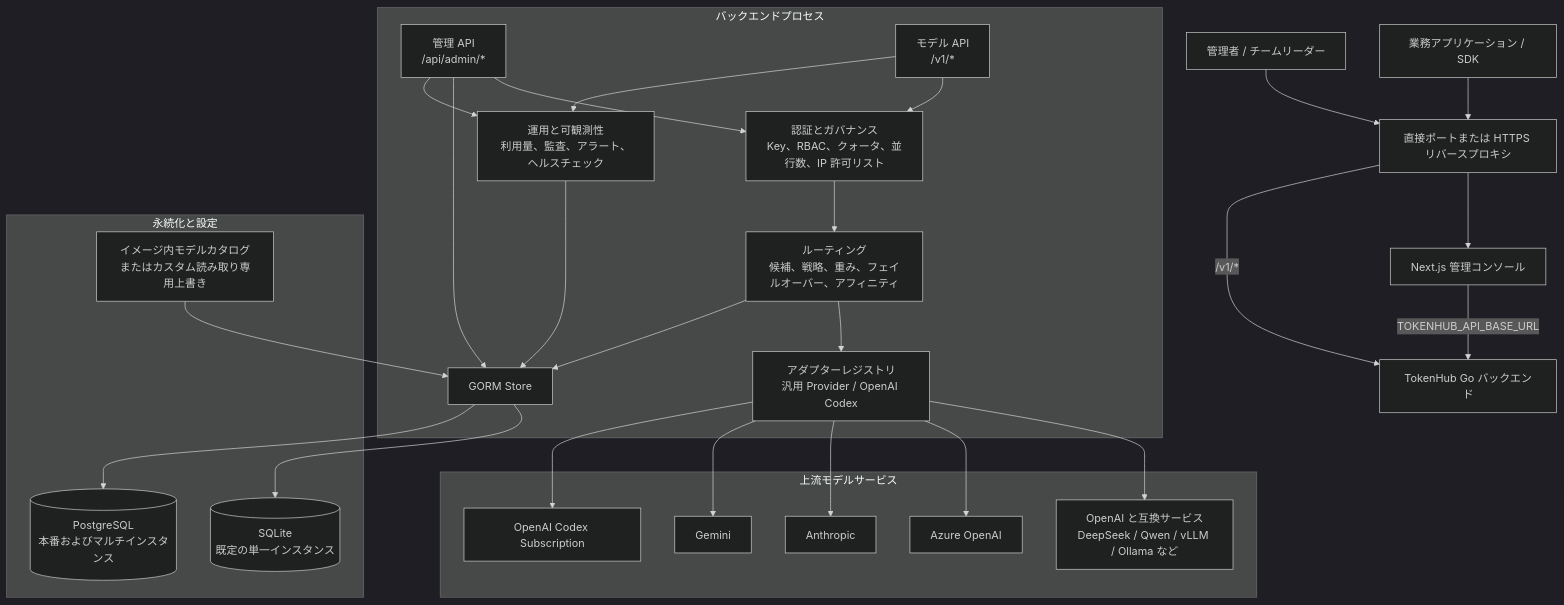
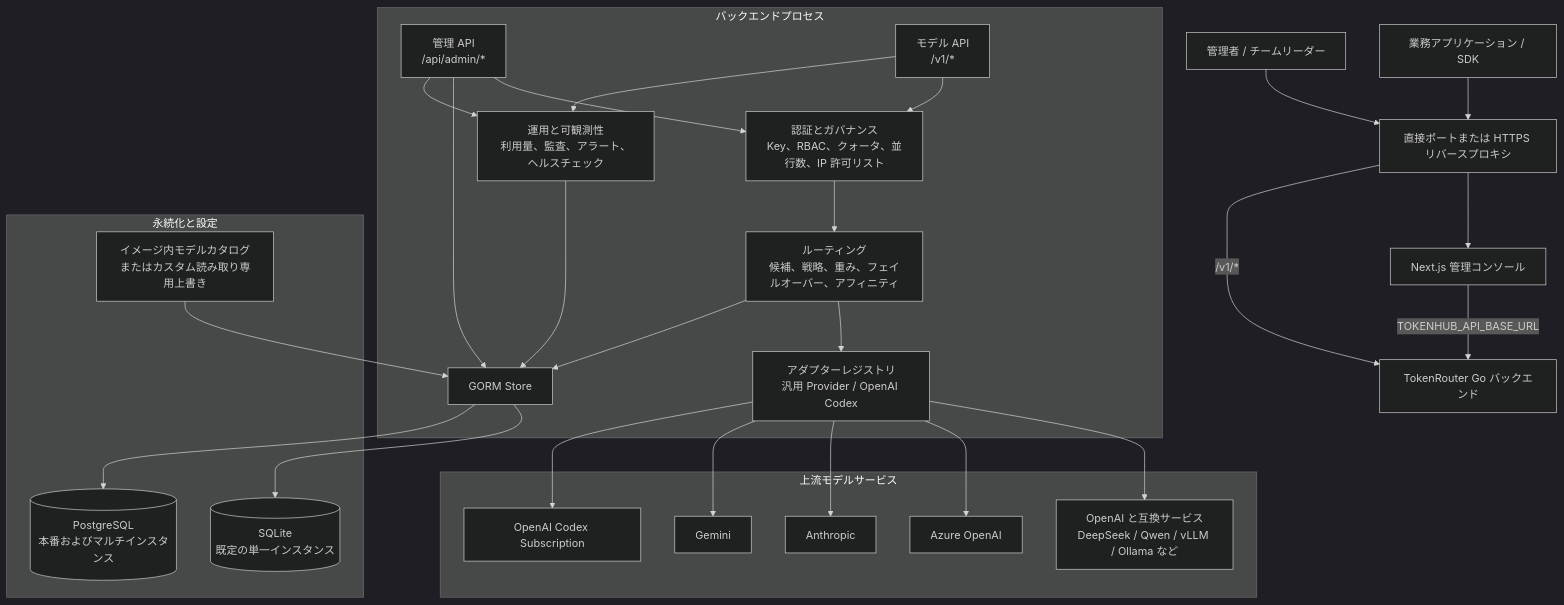
One commit to GalaxyForgeAI/TokenRouter changed the first of 3 diagrams in docs/ja/architecture.md. Above: the diagram before and after it, drawn with Mermaid (dark theme). The commit also changed other lines of this file and 110 other files, not shown here.

First line of the commit message:
Rebrand TokenHub → TokenRouter 炬枢 + UI redesign (React Bits + design system)

````diff
--- a/docs/ja/architecture.md
+++ b/docs/ja/architecture.md
@@ -11,51 +11,51 @@
 ```mermaid
 flowchart TB
     admin["管理者 / チームリーダー"]
     app["業務アプリケーション / SDK"]
     ingress["直接ポートまたは HTTPS リバースプロキシ"]
     frontend["Next.js 管理コンソール"]
-    backend["TokenHub Go バックエンド"]
+    backend["TokenRouter Go バックエンド"]
 
     subgraph backendProcess["バックエンドプロセス"]
         adminApi["管理 API\n/api/admin/*"]
         modelApi["モデル API\n/v1/*"]
         governance["認証とガバナンス\nKey、RBAC、クォータ、並行数、IP 許可リスト"]
         routing["ルーティング\n候補、戦略、重み、フェイルオーバー、アフィニティ"]
         adapters["アダプターレジストリ\n汎用 Provider / OpenAI Codex"]
         operations["運用と可観測性\n利用量、監査、アラート、ヘルスチェック"]
         store["GORM Store"]
 
         adminApi --> governance
         adminApi --> store
         modelApi --> governance --> routing --> adapters
         modelApi --> operations --> store
         adminApi --> operations
         routing --> store
     end
 
     subgraph persistence["永続化と設定"]
         sqlite[("SQLite\n既定の単一インスタンス")]
         postgres[("PostgreSQL\n本番およびマルチインスタンス")]
         catalog["イメージ内モデルカタログ\nまたはカスタム読み取り専用上書き"]
     end
 
     subgraph upstream["上流モデルサービス"]
         compatible["OpenAI と互換サービス\nDeepSeek / Qwen / vLLM / Ollama など"]
         azure["Azure OpenAI"]
         anthropic["Anthropic"]
         gemini["Gemini"]
         codex["OpenAI Codex Subscription"]
     end
 
     admin --> ingress --> frontend
     frontend -->|"TOKENHUB_API_BASE_URL"| backend
     app --> ingress -->|"/v1/*"| backend
     adapters --> compatible
     adapters --> azure
     adapters --> anthropic
     adapters --> gemini
     adapters --> codex
     store --> sqlite
     store --> postgres
     catalog --> store
 ```
````
